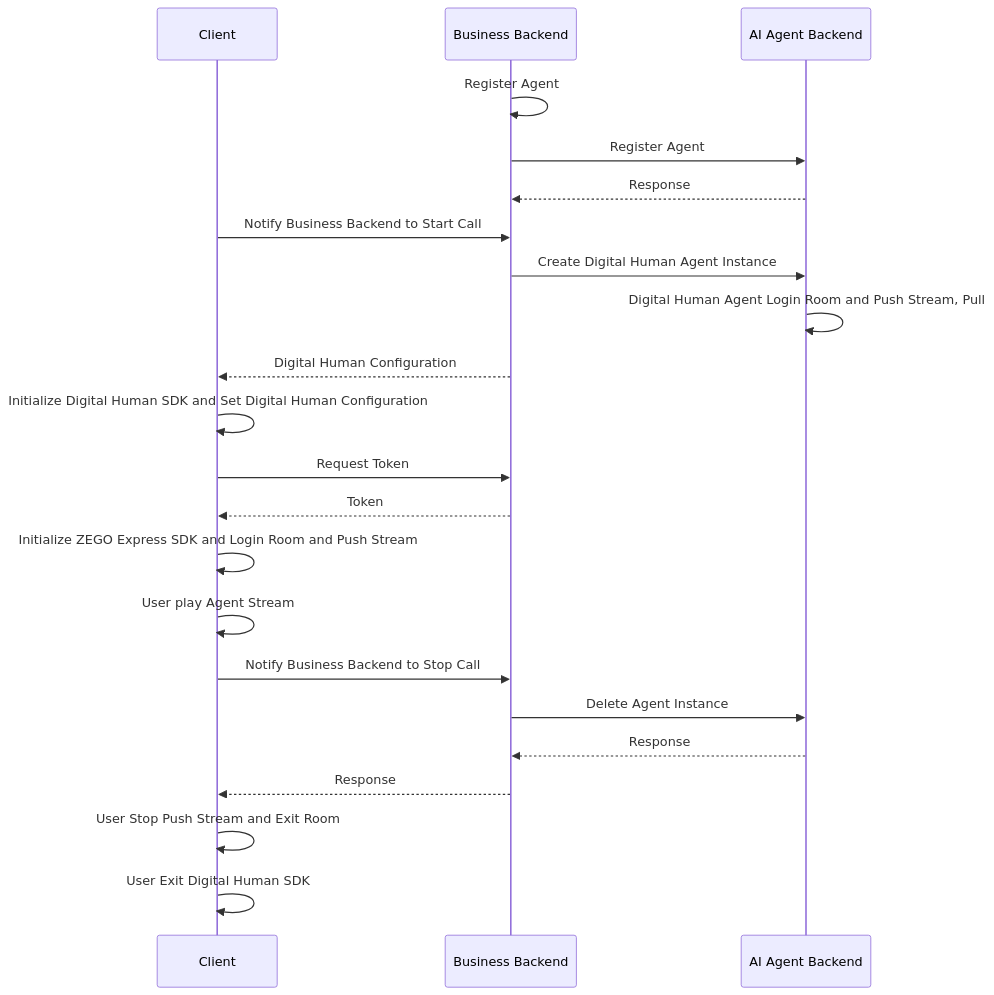
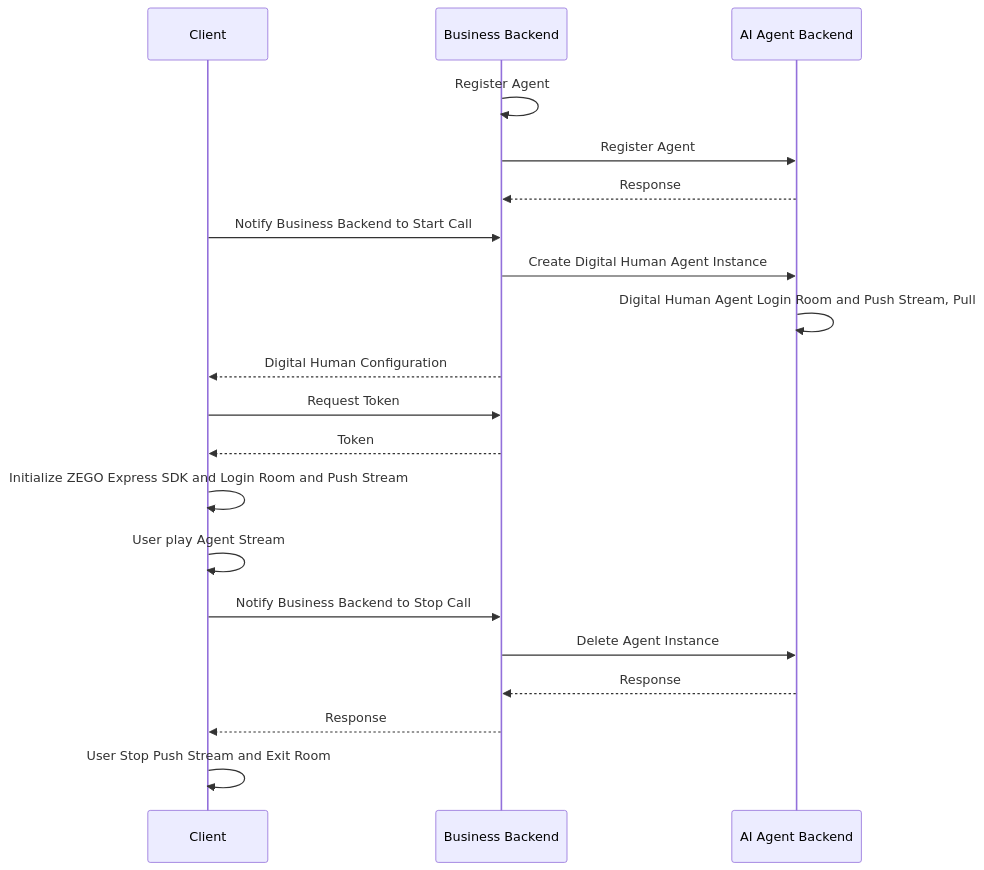
The second of 2 diagrams in core_products/aiagent/en/android/quick-start-with-digital-human.mdx (ZEGOCLOUD/docs_all), drawn with Mermaid before and after one commit. The commit also changed other lines of this file and 4 other files, not shown here.

Commit message:
Update modification dates to September 20, 2026, and synchronize Digital Human SDK initialization and exit procedures across Android and Chinese documentation. Update SDK version references to 1.6.0.121 and adjust preload instructions for resource management.

````diff
--- a/core_products/aiagent/en/android/quick-start-with-digital-human.mdx
+++ b/core_products/aiagent/en/android/quick-start-with-digital-human.mdx
@@ -146,32 +146,29 @@
 ```mermaid
 sequenceDiagram
     participant Client
     participant Business Backend
     participant AI Agent Backend
 
     Business Backend->>Business Backend: Register Agent
     Business Backend->>AI Agent Backend: Register Agent
     AI Agent Backend-->>Business Backend: Response
 
     Client->>Business Backend: Notify Business Backend to Start Call
     Business Backend->>AI Agent Backend: Create Digital Human Agent Instance
     AI Agent Backend->>AI Agent Backend: Digital Human Agent Login Room and Push Stream, Pull
     Business Backend-->>Client: Digital Human Configuration
 
-    Client->>Client: Initialize Digital Human SDK and Set Digital Human Configuration
-
     Client->>Business Backend: Request Token
     Business Backend-->>Client: Token
 
     Client->>Client: Initialize ZEGO Express SDK and Login Room and Push Stream
 
     Client->>Client: User play Agent Stream
 
     Client->>Business Backend: Notify Business Backend to Stop Call
     Business Backend->>AI Agent Backend: Delete Agent Instance
     AI Agent Backend-->>Business Backend: Response
     Business Backend-->>Client: Response
 
     Client->>Client: User Stop Push Stream and Exit Room
-    Client->>Client: User Exit Digital Human SDK
 ```
````
